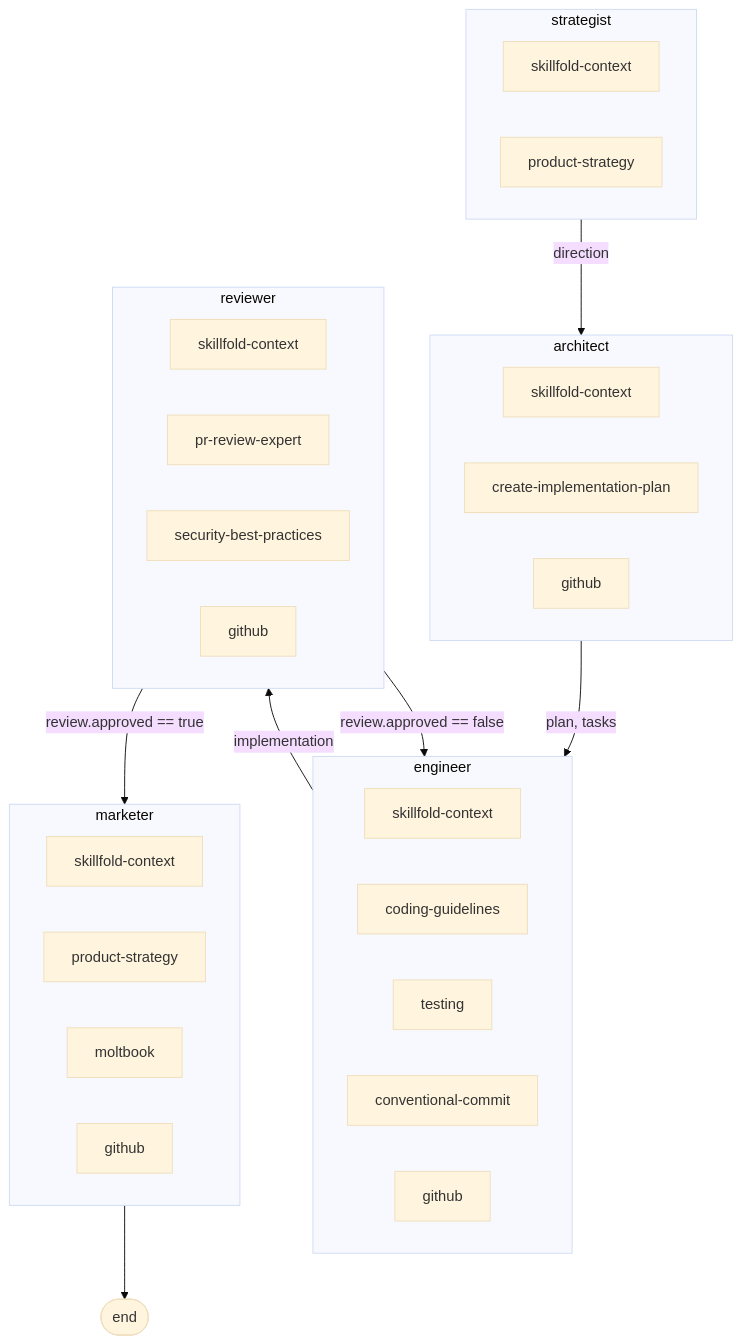
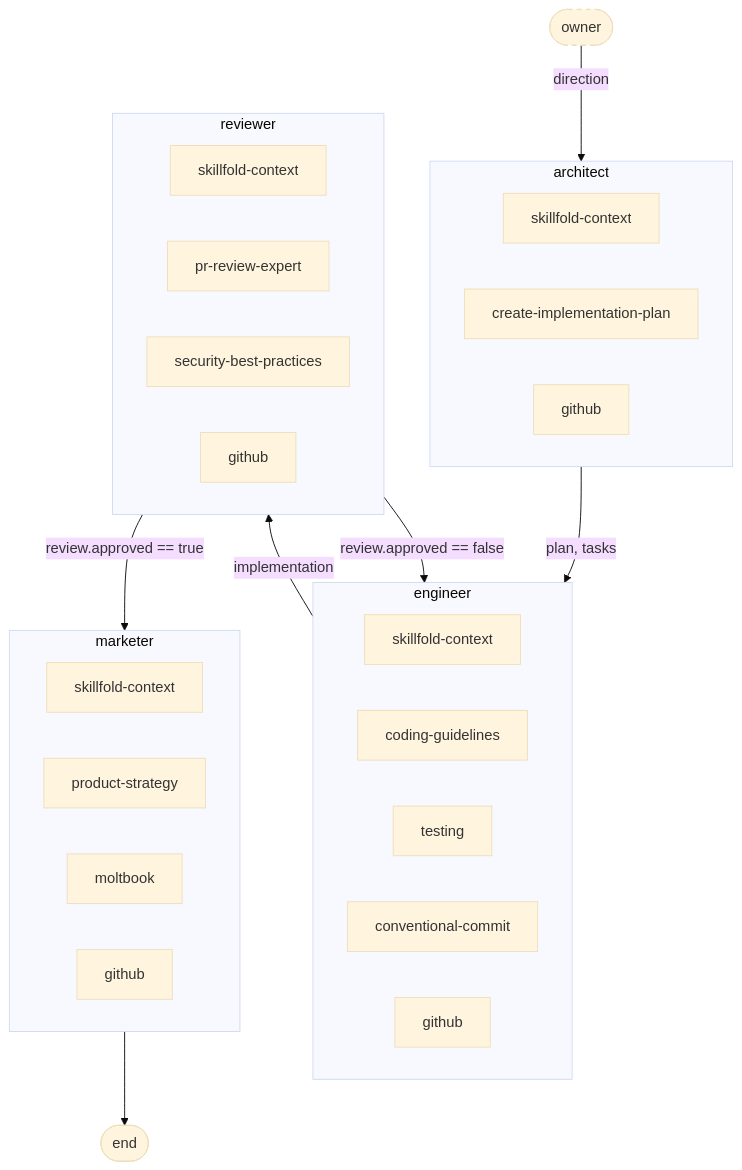
One commit to byronxlg/skillfold changed the first of 3 diagrams in README.md. Above: the diagram before and after it, drawn with Mermaid (base theme). The commit also changed other lines of this file, not shown here.

First line of the commit message:
docs: fix README diagrams and add missing features (closes #309, closes #310)

````diff
--- a/README.md
+++ b/README.md
@@ -79,37 +79,35 @@
 ```mermaid
 graph TD
-    subgraph strategist
-        strategist_skillfold_context["skillfold-context"]
-        strategist_product_strategy["product-strategy"]
-    end
-    strategist -->|"direction"| architect
+    owner([owner]):::async
+    owner -->|"direction"| architect
     subgraph architect
         architect_skillfold_context["skillfold-context"]
         architect_create_implementation_plan["create-implementation-plan"]
         architect_github["github"]
     end
     architect -->|"plan, tasks"| engineer
     subgraph engineer
         engineer_skillfold_context["skillfold-context"]
         engineer_coding_guidelines["coding-guidelines"]
         engineer_testing["testing"]
         engineer_conventional_commit["conventional-commit"]
         engineer_github["github"]
     end
     engineer -->|"implementation"| reviewer
     subgraph reviewer
         reviewer_skillfold_context["skillfold-context"]
         reviewer_pr_review_expert["pr-review-expert"]
         reviewer_security_best_practices["security-best-practices"]
         reviewer_github["github"]
     end
     reviewer -->|"review.approved == false"| engineer
     reviewer -->|"review.approved == true"| marketer
     subgraph marketer
         marketer_skillfold_context["skillfold-context"]
         marketer_product_strategy["product-strategy"]
         marketer_moltbook["moltbook"]
         marketer_github["github"]
     end
     marketer --> end_node([end])
+    classDef async stroke-dasharray: 5 5
 ```
````
